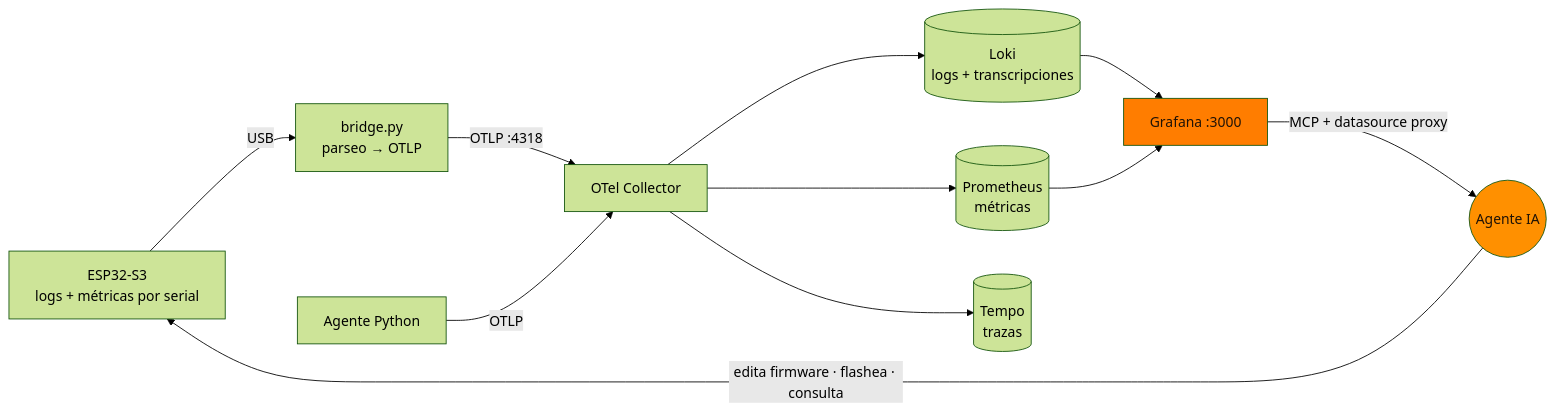
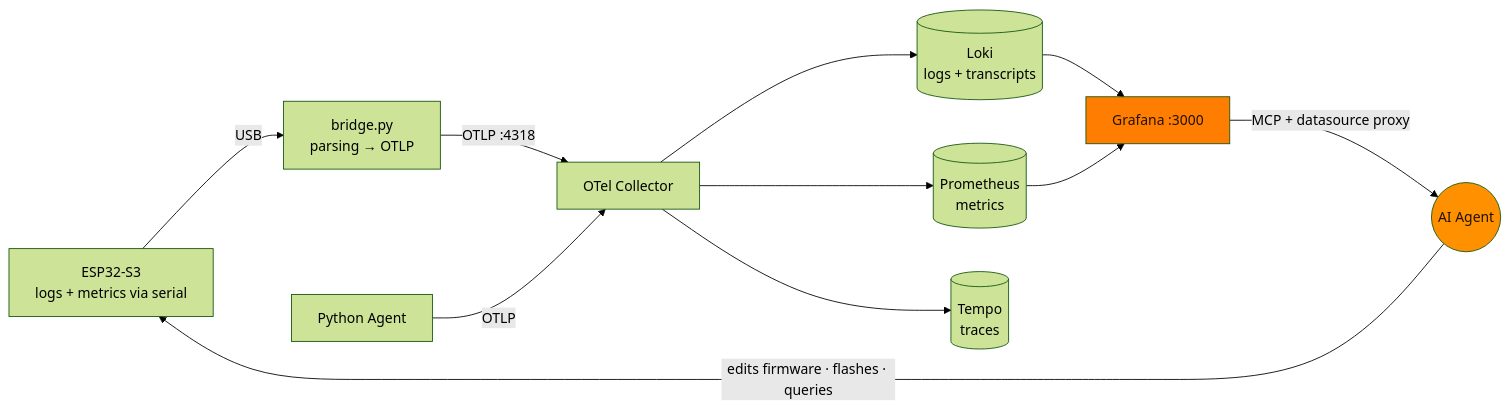
Before and after one commit to Zetesis-Labs/Sebastian: the first of 3 diagrams in blog-3-desarrollo-con-ia-y-telemetria.md, drawn with Mermaid (forest theme). The commit also changed other lines of this file and 31 other files, not shown here.

````diff
--- a/blog-3-desarrollo-con-ia-y-telemetria.md
+++ b/blog-3-desarrollo-con-ia-y-telemetria.md
@@ -21,15 +21,15 @@
 ```mermaid
 flowchart LR
-    DEV[ESP32-S3<br/>logs + métricas por serial] -->|USB| BR[bridge.py<br/>parseo → OTLP]
+    DEV[ESP32-S3<br/>logs + metrics via serial] -->|USB| BR[bridge.py<br/>parsing → OTLP]
     BR -->|OTLP :4318| COL[OTel Collector]
-    COL --> LOKI[(Loki<br/>logs + transcripciones)]
-    COL --> PROM[(Prometheus<br/>métricas)]
-    COL --> TEMPO[(Tempo<br/>trazas)]
-    AG[Agente Python] -->|OTLP| COL
+    COL --> LOKI[(Loki<br/>logs + transcripts)]
+    COL --> PROM[(Prometheus<br/>metrics)]
+    COL --> TEMPO[(Tempo<br/>traces)]
+    AG[Python Agent] -->|OTLP| COL
     LOKI --> GRAF[Grafana :3000]
     PROM --> GRAF
-    GRAF -->|MCP + datasource proxy| IA((Agente IA))
-    IA -->|edita firmware · flashea · consulta| DEV
+    GRAF -->|MCP + datasource proxy| IA((AI Agent))
+    IA -->|edits firmware · flashes · queries| DEV
     style IA fill:#ff9000,color:#201306
     style GRAF fill:#ff7d00,color:#201306
 ```
````
